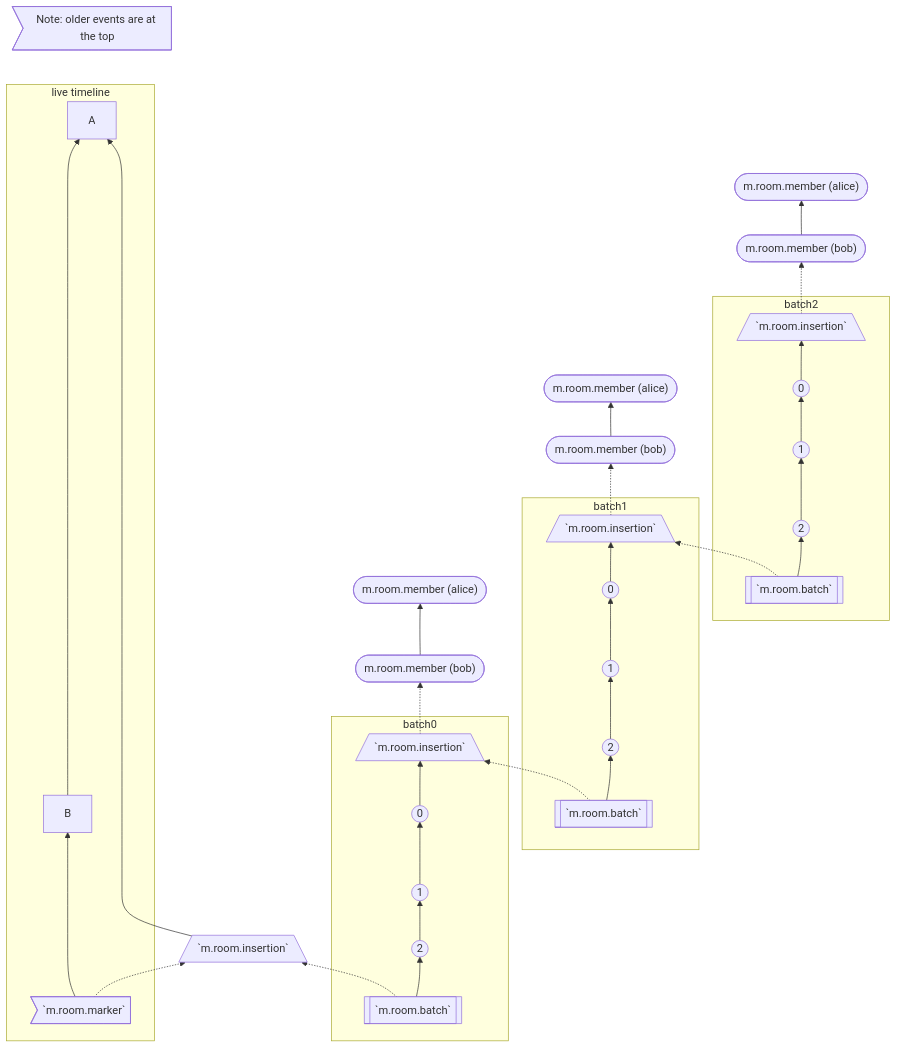
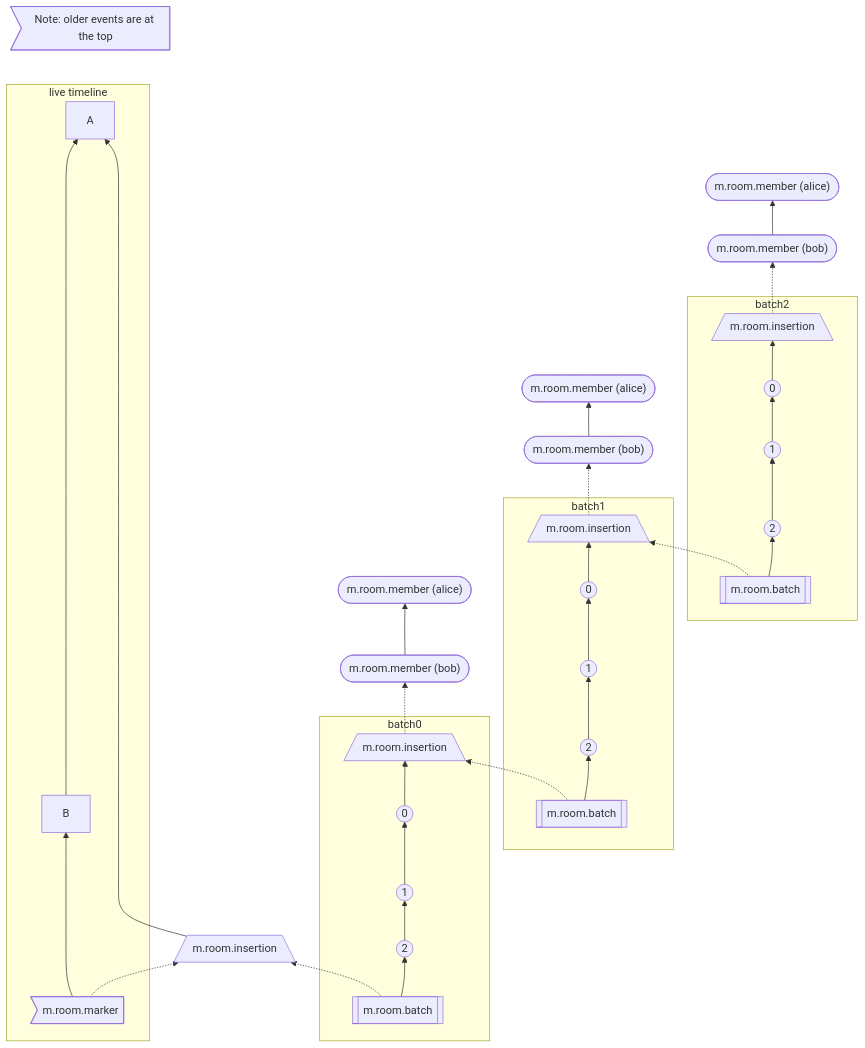
One commit to matrix-org/matrix-spec-proposals changed the third of 3 diagrams in proposals/2716-batch-send-historical-messages.md. Above: the diagram before and after it, drawn with Mermaid. The commit also changed other lines of this file, not shown here.

Commit message:
Remove backticks from mermaid graphs

````diff
--- a/proposals/2716-batch-send-historical-messages.md
+++ b/proposals/2716-batch-send-historical-messages.md
@@ -505,33 +505,33 @@
 ```mermaid
 flowchart BT
     A --- annotation1>"Note: older events are at the top"]
     subgraph live timeline
-        marker1>`m.room.marker`] ----> B -----------------> A
+        marker1>m.room.marker] ----> B -----------------> A
     end
     
     subgraph batch0
-        batch0-batch[[`m.room.batch`]] --> batch0-2(("2")) --> batch0-1((1)) --> batch0-0((0)) --> batch0-insertion[/`m.room.insertion`\]
+        batch0-batch[[m.room.batch]] --> batch0-2(("2")) --> batch0-1((1)) --> batch0-0((0)) --> batch0-insertion[/m.room.insertion\]
     end
 
     subgraph batch1
-        batch1-batch[[`m.room.batch`]] --> batch1-2(("2")) --> batch1-1((1)) --> batch1-0((0)) --> batch1-insertion[/`m.room.insertion`\]
+        batch1-batch[[m.room.batch]] --> batch1-2(("2")) --> batch1-1((1)) --> batch1-0((0)) --> batch1-insertion[/m.room.insertion\]
     end
     
     subgraph batch2
-        batch2-batch[[`m.room.batch`]] --> batch2-2(("2")) --> batch2-1((1)) --> batch2-0((0)) --> batch2-insertion[/`m.room.insertion`\]
+        batch2-batch[[m.room.batch]] --> batch2-2(("2")) --> batch2-1((1)) --> batch2-0((0)) --> batch2-insertion[/m.room.insertion\]
     end
 
 
     batch0-insertion -.-> memberBob0(["m.room.member (bob)"]) --> memberAlice0(["m.room.member (alice)"])
     batch1-insertion -.-> memberBob1(["m.room.member (bob)"]) --> memberAlice1(["m.room.member (alice)"])
     batch2-insertion -.-> memberBob2(["m.room.member (bob)"]) --> memberAlice2(["m.room.member (alice)"])
 
     marker1 -.-> batch0-insertionBase
-    batch0-insertionBase[/`m.room.insertion`\] ---------------> A
+    batch0-insertionBase[/m.room.insertion\] ---------------> A
     batch0-batch -.-> batch0-insertionBase
     batch1-batch -.-> batch0-insertion
     batch2-batch -.-> batch1-insertion
 
     %% make the annotation links invisible
     linkStyle 0 stroke-width:2px,fill:none,stroke:none;
 ```
````
